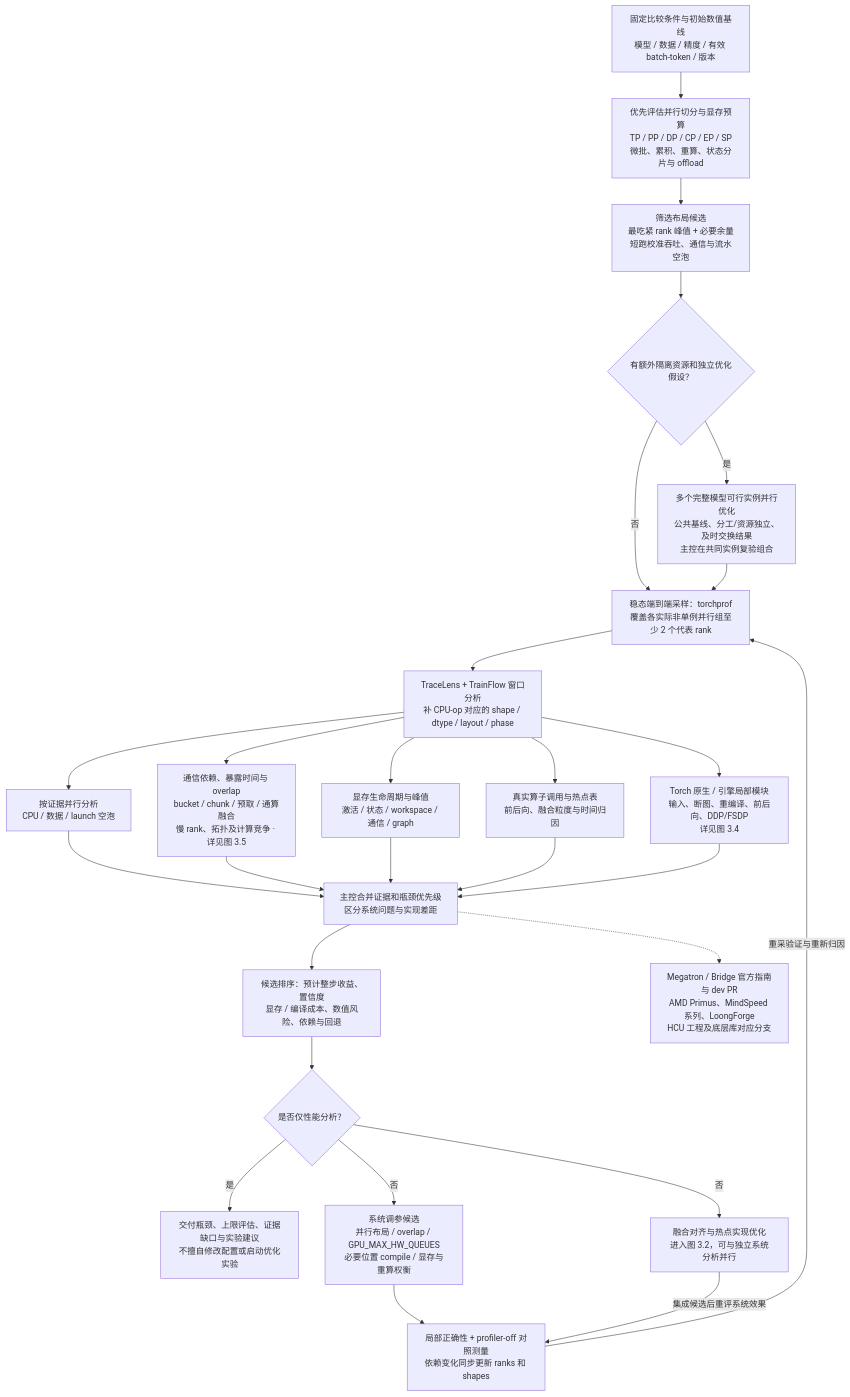
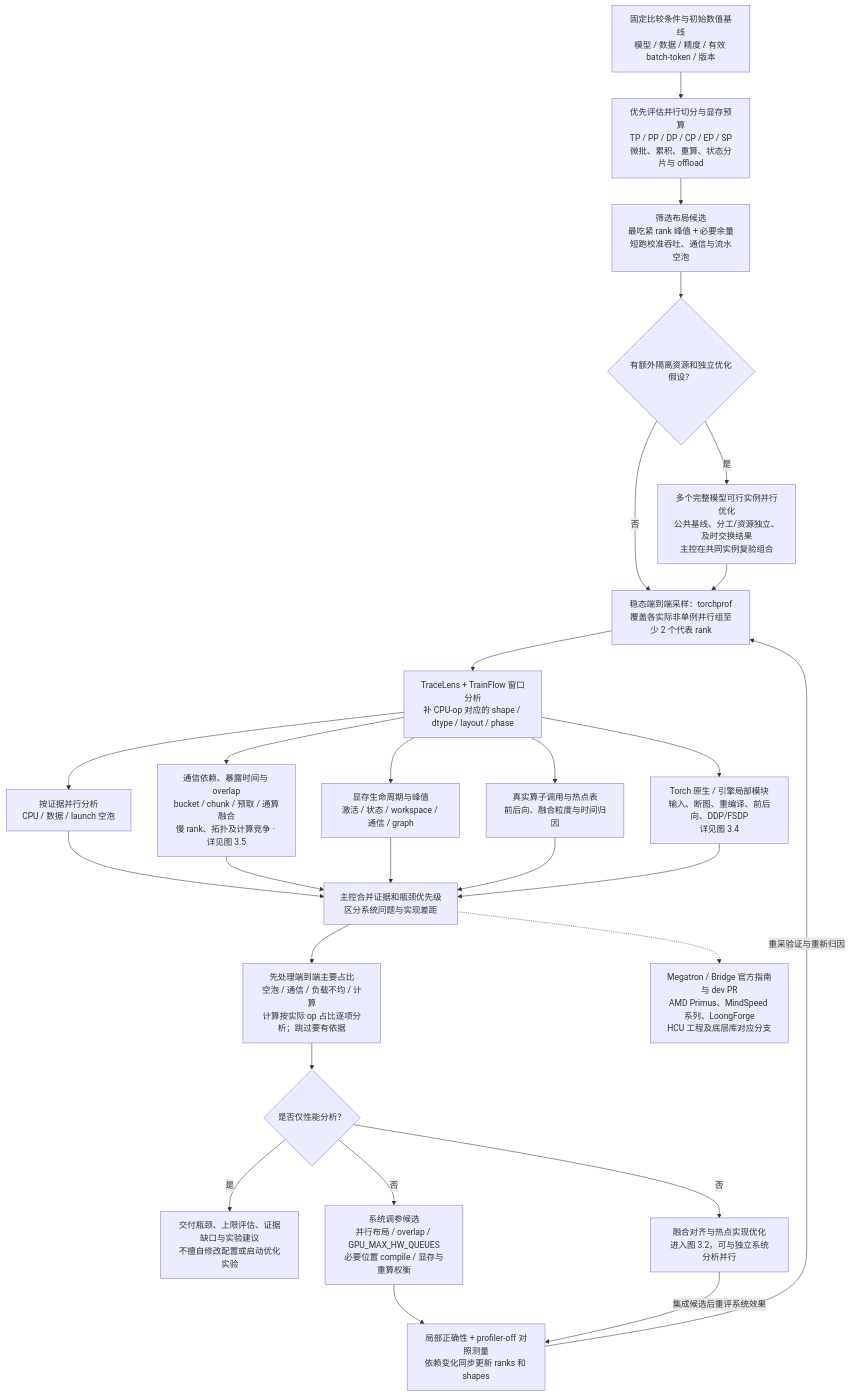
Before and after one commit to yuguo-Jack/HCU-TrainFlow: the third of 12 diagrams in docs/workflow-map.md, drawn with Mermaid. The commit also changed other lines of this file and 10 other files, not shown here.

````diff
--- a/docs/workflow-map.md
+++ b/docs/workflow-map.md
@@ -87,30 +87,30 @@
 ```mermaid
 flowchart TD
     B["固定比较条件与初始数值基线<br/>模型 / 数据 / 精度 / 有效 batch-token / 版本"] --> P["优先评估并行切分与显存预算<br/>TP / PP / DP / CP / EP / SP<br/>微批、累积、重算、状态分片与 offload"]
     P --> M["筛选布局候选<br/>最吃紧 rank 峰值 + 必要余量<br/>短跑校准吞吐、通信与流水空泡"]
     M --> RES{"有额外隔离资源和独立优化假设？"}
     RES -->|是| INST["多个完整模型可行实例并行优化<br/>公共基线、分工/资源独立、及时交换结果<br/>主控在共同实例复验组合"]
     RES -->|否| T
     INST --> T
     T["稳态端到端采样：torchprof<br/>覆盖各实际非单例并行组至少 2 个代表 rank"]
     T --> TL["TraceLens + TrainFlow 窗口分析<br/>补 CPU-op 对应的 shape / dtype / layout / phase"]
     TL --> A["按证据并行分析<br/>CPU / 数据 / launch 空泡"]
     TL --> C["通信依赖、暴露时间与 overlap<br/>bucket / chunk / 预取 / 通算融合<br/>慢 rank、拓扑及计算竞争 · 详见图 3.5"]
     TL --> V["显存生命周期与峰值<br/>激活 / 状态 / workspace / 通信 / graph"]
     TL --> O["真实算子调用与热点表<br/>前后向、融合粒度与时间归因"]
     TL --> TORCH["Torch 原生 / 引擎局部模块<br/>输入、断图、重编译、前后向、DDP/FSDP<br/>详见图 3.4"]
     A --> H["主控合并证据和瓶颈优先级<br/>区分系统问题与实现差距"]
     C --> H
     V --> H
     O --> H
     TORCH --> H
-    H --> RANK["候选排序：预计整步收益、置信度<br/>显存 / 编译成本、数值风险、依赖与回退"]
+    H --> RANK["先处理端到端主要占比<br/>空泡 / 通信 / 负载不均 / 计算<br/>计算按实际 op 占比逐项分析；跳过要有依据"]
     RANK --> MODE{"是否仅性能分析？"}
     MODE -->|是| REPORT["交付瓶颈、上限评估、证据缺口与实验建议<br/>不擅自修改配置或启动优化实验"]
     MODE -->|否| SYS["系统调参候选<br/>并行布局 / overlap / GPU_MAX_HW_QUEUES<br/>必要位置 compile / 显存与重算权衡"]
     MODE -->|否| K["融合对齐与热点实现优化<br/>进入图 3.2，可与独立系统分析并行"]
     SYS --> VERIFY["局部正确性 + profiler-off 对照测量<br/>依赖变化同步更新 ranks 和 shapes"]
     VERIFY -->|重采验证与重新归因| T
     K -->|集成候选后重评系统效果| VERIFY
     H -.-> REF["Megatron / Bridge 官方指南与 dev PR<br/>AMD Primus、MindSpeed 系列、LoongForge<br/>HCU 工程及底层库对应分支"]
 ```
````
